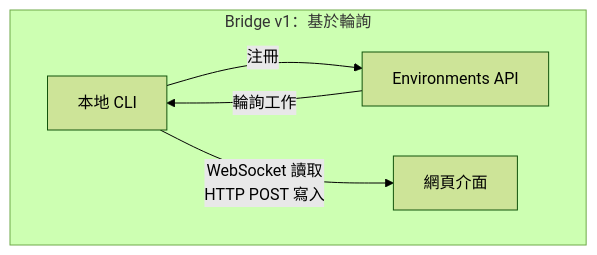
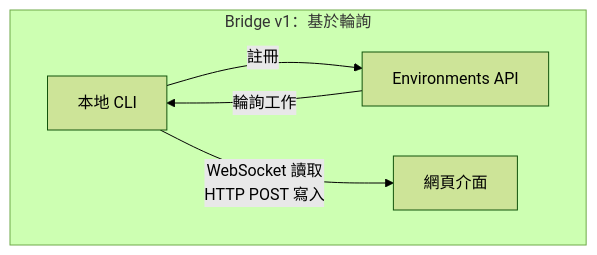
The first of 4 diagrams in book/zh-TW/ch16-remote.md (54ted222/slogan), drawn with Mermaid (forest theme) before and after one commit. The commit also changed other lines of this file, not shown here.

````diff
--- a/book/zh-TW/ch16-remote.md
+++ b/book/zh-TW/ch16-remote.md
@@ -11,8 +11,8 @@
 ```mermaid
 graph TB
     subgraph "Bridge v1：基於輪詢"
-        CLI1[本地 CLI] -->|注冊| ENV[Environments API]
+        CLI1[本地 CLI] -->|註冊| ENV[Environments API]
         ENV -->|輪詢工作| CLI1
         CLI1 -->|"WebSocket 讀取<br/>HTTP POST 寫入"| WEB1[網頁介面]
     end
 ```
````
